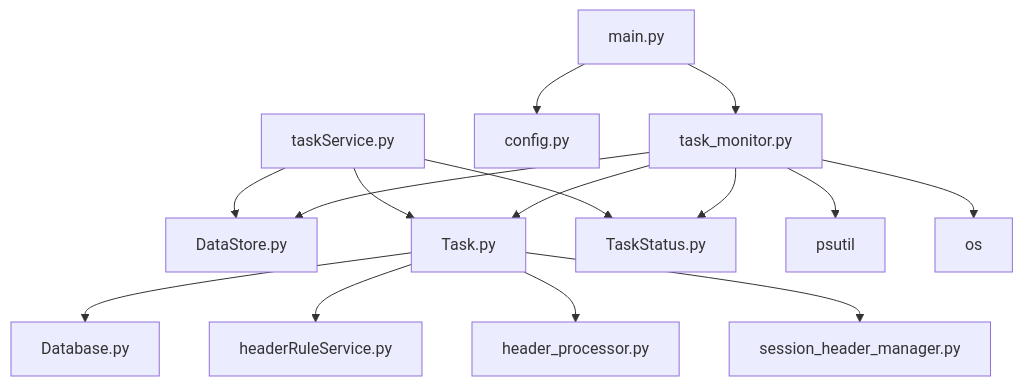
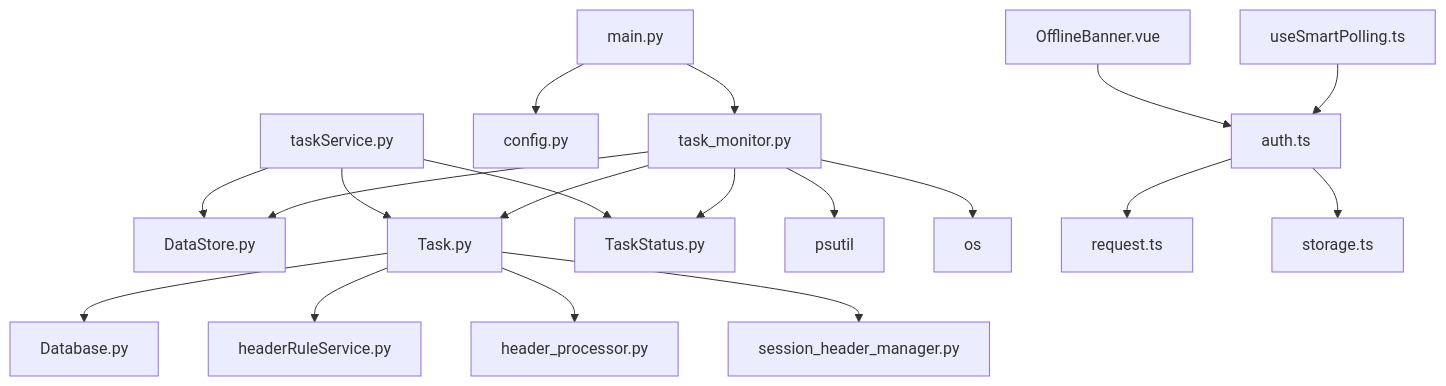
The ninth of 9 diagrams in .qoder/repowiki/zh/content/监控与日志/系统监控.md (GitHubNull/sqlmapWebUI), drawn with Mermaid before and after one commit. The commit also changed other lines of this file and 20 other files, not shown here.

````diff
--- a/.qoder/repowiki/zh/content/监控与日志/系统监控.md
+++ b/.qoder/repowiki/zh/content/监控与日志/系统监控.md
@@ -260,17 +424,21 @@
 ```mermaid
 graph TD
 main[main.py] --> task_monitor[task_monitor.py]
 main --> config[config.py]
 task_monitor --> DataStore[DataStore.py]
 task_monitor --> Task[Task.py]
 task_monitor --> TaskStatus[TaskStatus.py]
 task_monitor --> psutil[psutil]
 task_monitor --> os[os]
 taskService[taskService.py] --> DataStore
 taskService --> Task
 taskService --> TaskStatus
 Task --> Database[Database.py]
 Task --> HeaderRuleService[headerRuleService.py]
 Task --> header_processor[header_processor.py]
 Task --> session_header_manager[session_header_manager.py]
+useSmartPolling[useSmartPolling.ts] --> authStore[auth.ts]
+OfflineBanner[OfflineBanner.vue] --> authStore[auth.ts]
+authStore[auth.ts] --> request[request.ts]
+authStore[auth.ts] --> storage[storage.ts]
 ```
````
